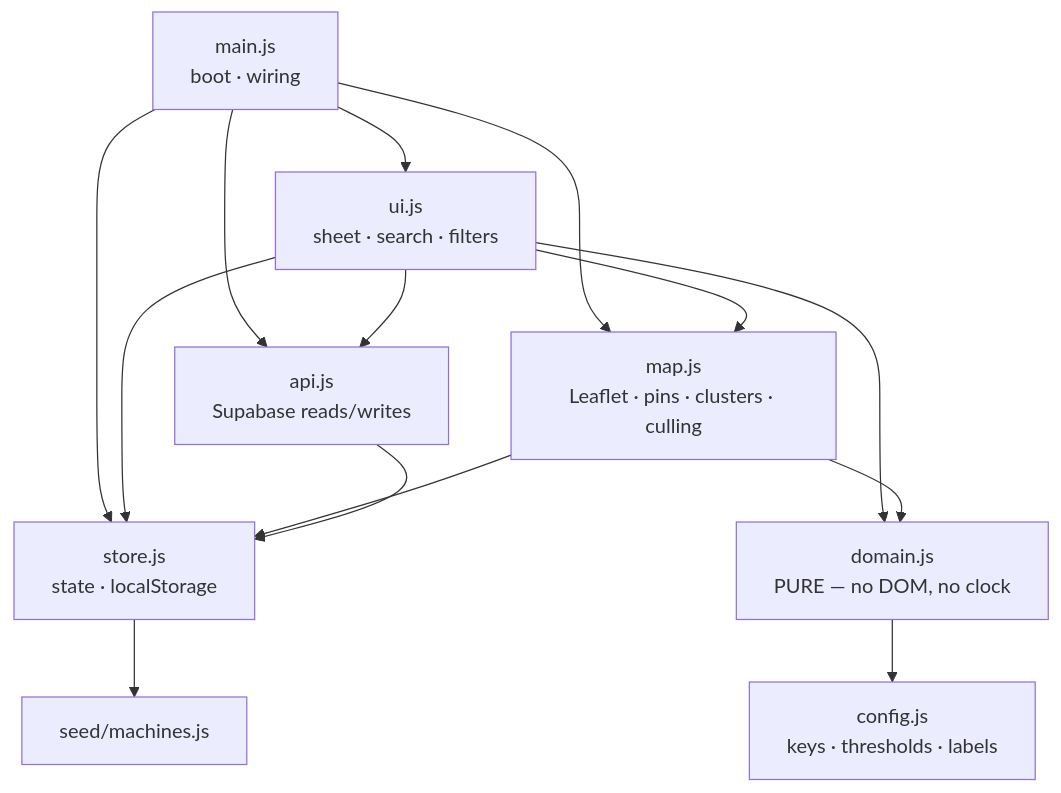
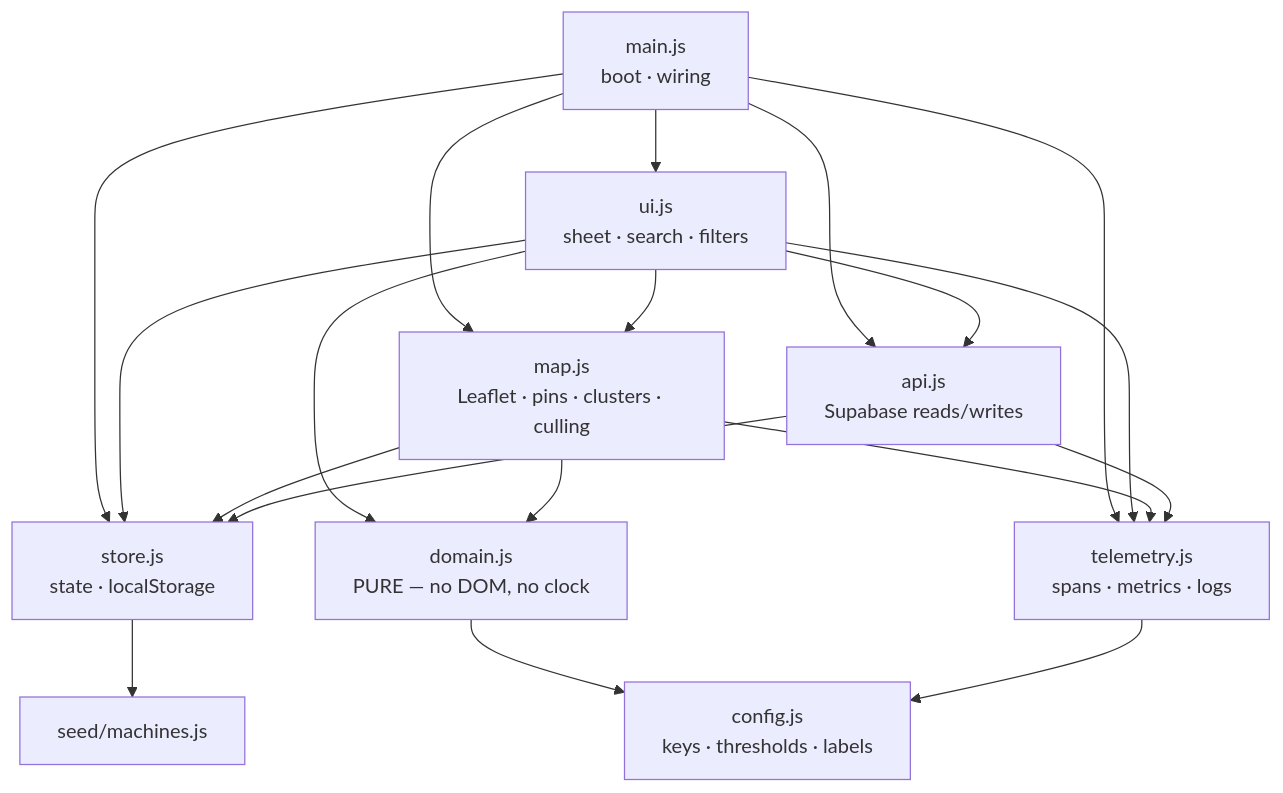
Before and after one commit to isabelhdias/voltacheck: the second of 8 diagrams in docs/diagrams.md, drawn with Mermaid. The commit also changed other lines of this file and 15 other files, not shown here.

````diff
--- a/docs/diagrams.md
+++ b/docs/diagrams.md
@@ -35,18 +35,20 @@
 ```mermaid
 flowchart TD
   main["main.js<br/>boot · wiring"]
   ui["ui.js<br/>sheet · search · filters"]
   map["map.js<br/>Leaflet · pins · clusters · culling"]
   api["api.js<br/>Supabase reads/writes"]
   store["store.js<br/>state · localStorage"]
   domain["domain.js<br/>PURE — no DOM, no clock"]
   config["config.js<br/>keys · thresholds · labels"]
+  tel["telemetry.js<br/>spans · metrics · logs"]
   seed["seed/machines.js"]
 
-  main --> ui & map & api & store
-  ui --> map & api & store & domain
-  map --> store & domain
-  api --> store
+  main --> ui & map & api & store & tel
+  ui --> map & api & store & domain & tel
+  map --> store & domain & tel
+  api --> store & tel
   store --> seed
   domain --> config
+  tel --> config
 ```
````
